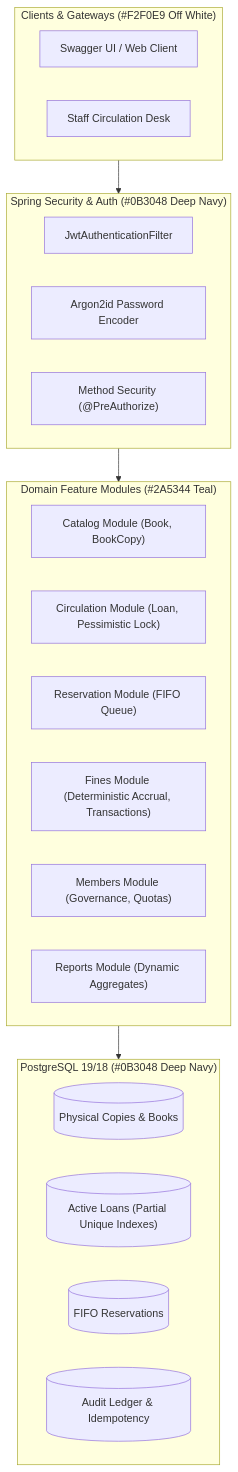
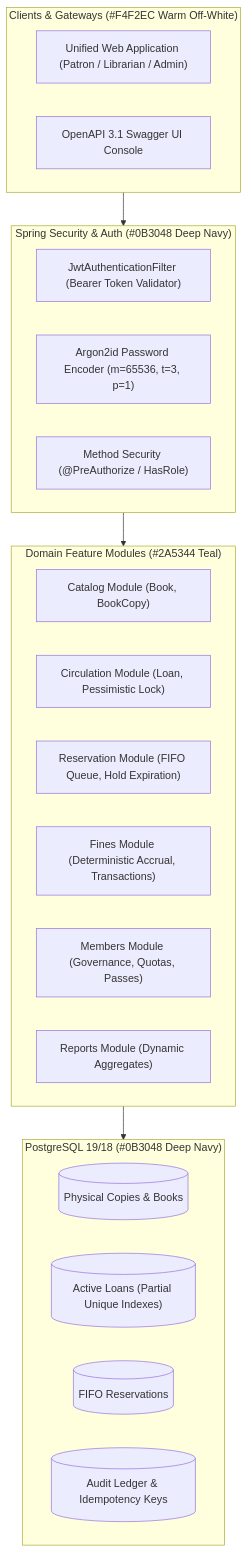
The diagram in README.md (Sankho1769/Infinity-Library-), drawn with Mermaid before and after one commit. The commit also changed other lines of this file and 11 other files, not shown here.

````diff
--- a/README.md
+++ b/README.md
@@ -49,33 +126,33 @@
 ```mermaid
 flowchart TD
-    subgraph Clients["Clients & Gateways (#F2F0E9 Off White)"]
-        UI["Swagger UI / Web Client"]
-        Desk["Staff Circulation Desk"]
+    subgraph Clients["Clients & Gateways (#F4F2EC Warm Off-White)"]
+        UI["Unified Web Application (Patron / Librarian / Admin)"]
+        Swagger["OpenAPI 3.1 Swagger UI Console"]
     end
 
     subgraph Security["Spring Security & Auth (#0B3048 Deep Navy)"]
-        JWT["JwtAuthenticationFilter"]
-        Argon["Argon2id Password Encoder"]
-        RBAC["Method Security (@PreAuthorize)"]
+        JWT["JwtAuthenticationFilter (Bearer Token Validator)"]
+        Argon["Argon2id Password Encoder (m=65536, t=3, p=1)"]
+        RBAC["Method Security (@PreAuthorize / HasRole)"]
     end
 
     subgraph CoreModules["Domain Feature Modules (#2A5344 Teal)"]
         CAT["Catalog Module (Book, BookCopy)"]
         CIR["Circulation Module (Loan, Pessimistic Lock)"]
-        RES["Reservation Module (FIFO Queue)"]
+        RES["Reservation Module (FIFO Queue, Hold Expiration)"]
         FIN["Fines Module (Deterministic Accrual, Transactions)"]
-        MEM["Members Module (Governance, Quotas)"]
+        MEM["Members Module (Governance, Quotas, Passes)"]
         REP["Reports Module (Dynamic Aggregates)"]
     end
 
     subgraph Storage["PostgreSQL 19/18 (#0B3048 Deep Navy)"]
         PG1[("Physical Copies & Books")]
         PG2[("Active Loans (Partial Unique Indexes)")]
         PG3[("FIFO Reservations")]
-        PG4[("Audit Ledger & Idempotency")]
+        PG4[("Audit Ledger & Idempotency Keys")]
     end
 
     Clients --> Security
     Security --> CoreModules
     CoreModules --> Storage
 ```
````
